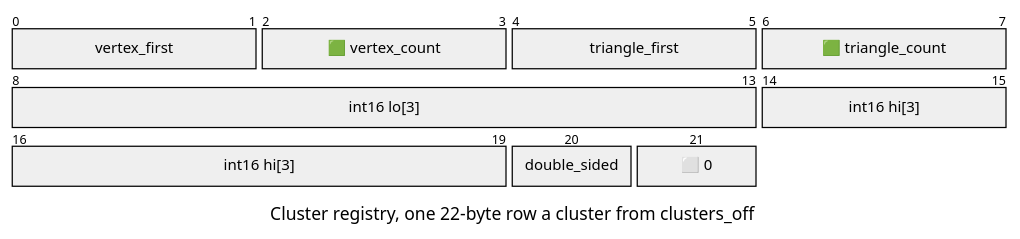
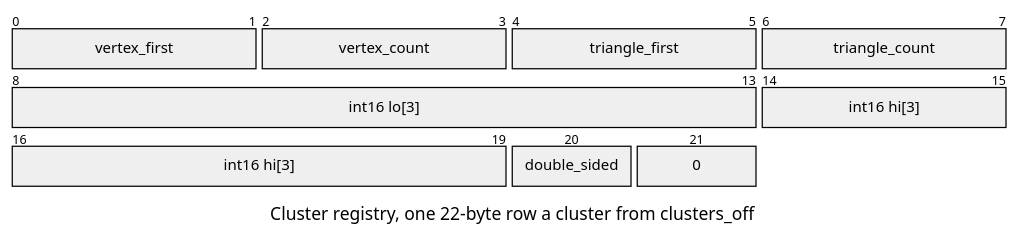
One commit to jose-villegas/autana changed the second of 7 diagrams in docs/assets/formats/LMSH.md. Above: the diagram before and after it, drawn with Mermaid. The commit also changed other lines of this file and 13 other files, not shown here.

Commit message:
formats: fill each packet box by its field's role through themeCSS the role gate writes, replacing the label squares (autana-edcif)

````diff
--- a/docs/assets/formats/LMSH.md
+++ b/docs/assets/formats/LMSH.md
@@ -32,18 +33,19 @@
 ```mermaid
 ---
 config:
+  themeCSS: "g:nth-of-type(2) rect:nth-of-type(1) { fill: #e3e3e3 !important; } g:nth-of-type(2) rect:nth-of-type(2) { fill: #93d6b0 !important; } g:nth-of-type(2) rect:nth-of-type(3) { fill: #e3e3e3 !important; } g:nth-of-type(2) rect:nth-of-type(4) { fill: #93d6b0 !important; } g:nth-of-type(3) rect:nth-of-type(1) { fill: #e3e3e3 !important; } g:nth-of-type(3) rect:nth-of-type(2) { fill: #e3e3e3 !important; } g:nth-of-type(4) rect:nth-of-type(1) { fill: #e3e3e3 !important; } g:nth-of-type(4) rect:nth-of-type(2) { fill: #e3e3e3 !important; } g:nth-of-type(4) rect:nth-of-type(3) { fill: #ffffff !important; stroke-dasharray: 4 3 !important; } .packetLabel { fill: #1b1b1b !important; }"
   packet:
     bitsPerRow: 8
     bitWidth: 100
 ---
 packet-beta
 title Cluster registry, one 22-byte row a cluster from clusters_off
 0-1: "vertex_first"
-2-3: "🟩 vertex_count"
+2-3: "vertex_count"
 4-5: "triangle_first"
-6-7: "🟩 triangle_count"
+6-7: "triangle_count"
 8-13: "int16 lo[3]"
 14-19: "int16 hi[3]"
 20: "double_sided"
-21: "⬜ 0"
+21: "0"
 ```
````
